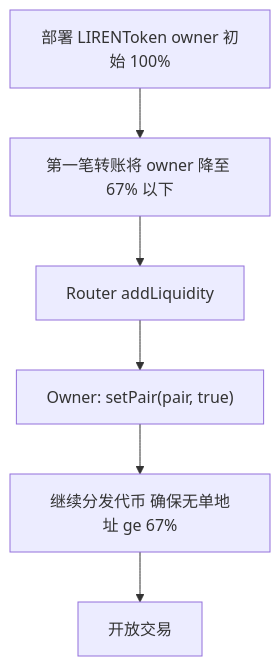
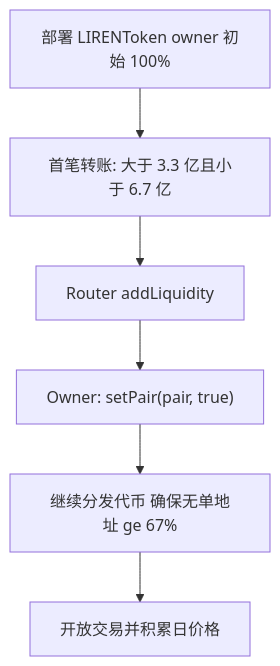
The first of 3 diagrams in README.md (yuanfa0620/audit-liren-contract), drawn with Mermaid before and after one commit. The commit also changed other lines of this file and 2 other files, not shown here.

````diff
--- a/README.md
+++ b/README.md
@@ -130,8 +148,8 @@
 ```mermaid
 flowchart TD
-    deploy[部署 LIRENToken owner 初始 100%] --> split[第一笔转账将 owner 降至 67% 以下]
+    deploy[部署 LIRENToken owner 初始 100%] --> split["首笔转账: 大于 3.3 亿且小于 6.7 亿"]
     split --> addLiq[Router addLiquidity]
     addLiq --> setPair["Owner: setPair(pair, true)"]
     setPair --> distribute[继续分发代币 确保无单地址 ge 67%]
-    distribute --> open[开放交易]
+    distribute --> open[开放交易并积累日价格]
 ```
````
